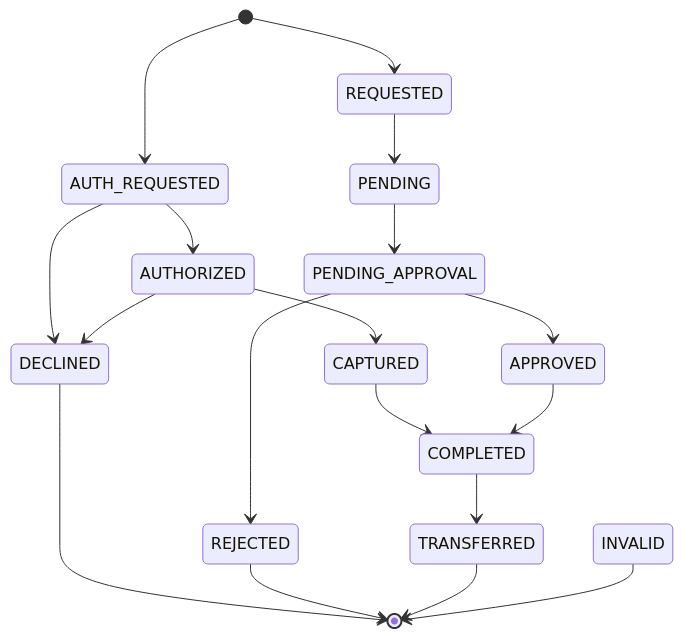
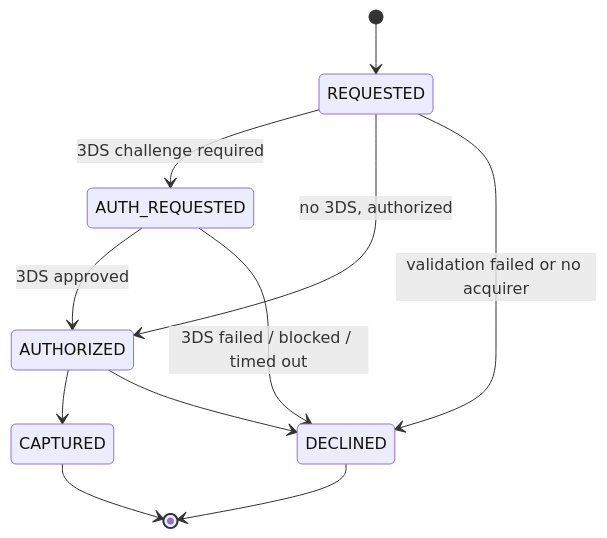
The second of 5 diagrams in docs/card-payments.md (KumaaGroup/platform-merchant-api), drawn with Mermaid before and after one commit. The commit also changed other lines of this file and 2 other files, not shown here.

````diff
--- a/docs/card-payments.md
+++ b/docs/card-payments.md
@@ -144,20 +145,13 @@
 ```mermaid
 stateDiagram-v2
-    [*] --> AUTH_REQUESTED
     [*] --> REQUESTED
-    AUTH_REQUESTED --> AUTHORIZED
-    AUTH_REQUESTED --> DECLINED
+    REQUESTED --> AUTH_REQUESTED: 3DS challenge required
+    REQUESTED --> AUTHORIZED: no 3DS, authorized
+    REQUESTED --> DECLINED: validation failed or no acquirer
+    AUTH_REQUESTED --> AUTHORIZED: 3DS approved
+    AUTH_REQUESTED --> DECLINED: 3DS failed / blocked / timed out
     AUTHORIZED --> CAPTURED
     AUTHORIZED --> DECLINED
-    CAPTURED --> COMPLETED
-    COMPLETED --> TRANSFERRED
-    REQUESTED --> PENDING
-    PENDING --> PENDING_APPROVAL
-    PENDING_APPROVAL --> APPROVED
-    PENDING_APPROVAL --> REJECTED
-    APPROVED --> COMPLETED
+    CAPTURED --> [*]
     DECLINED --> [*]
-    REJECTED --> [*]
-    TRANSFERRED --> [*]
-    INVALID --> [*]
 ```
````
